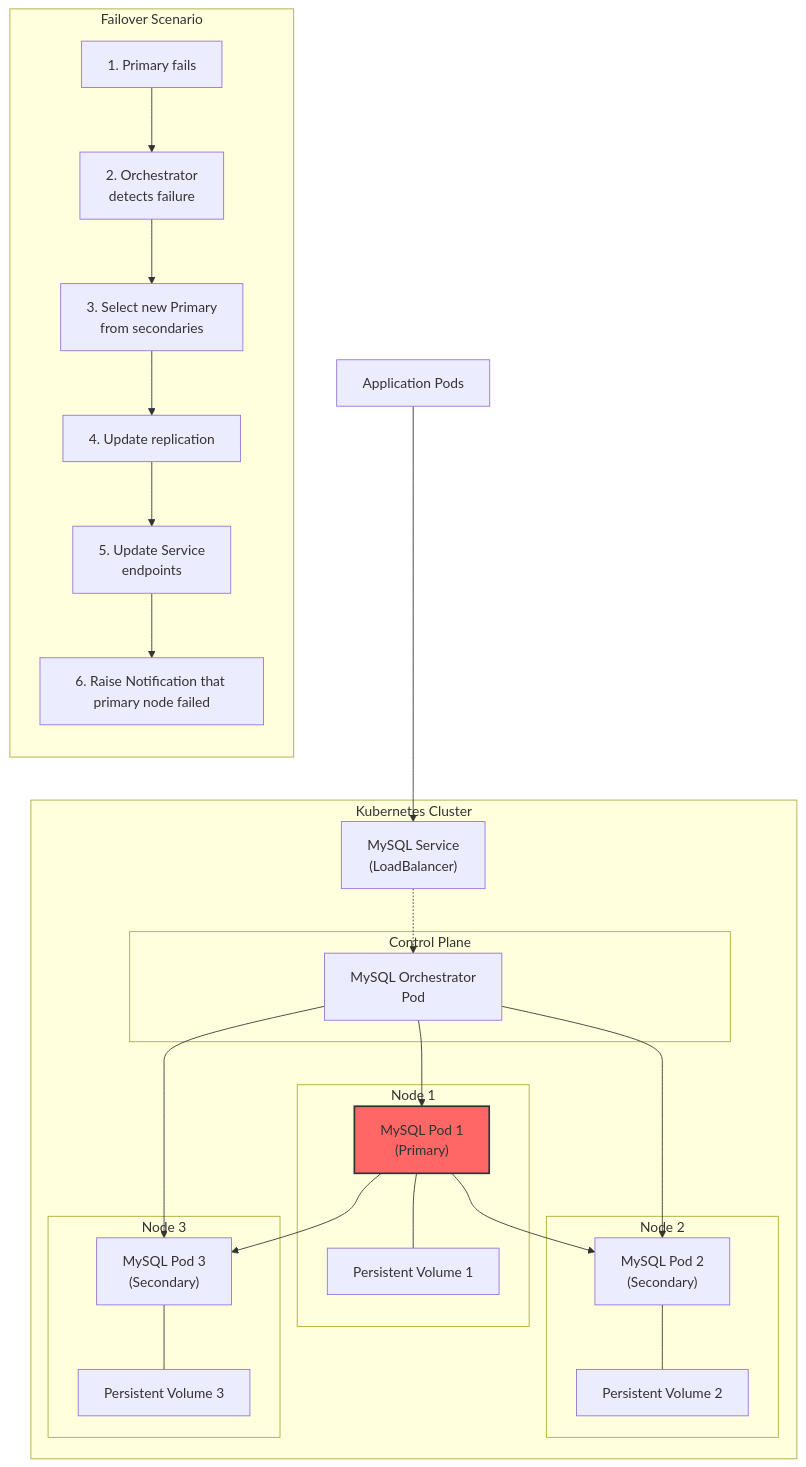
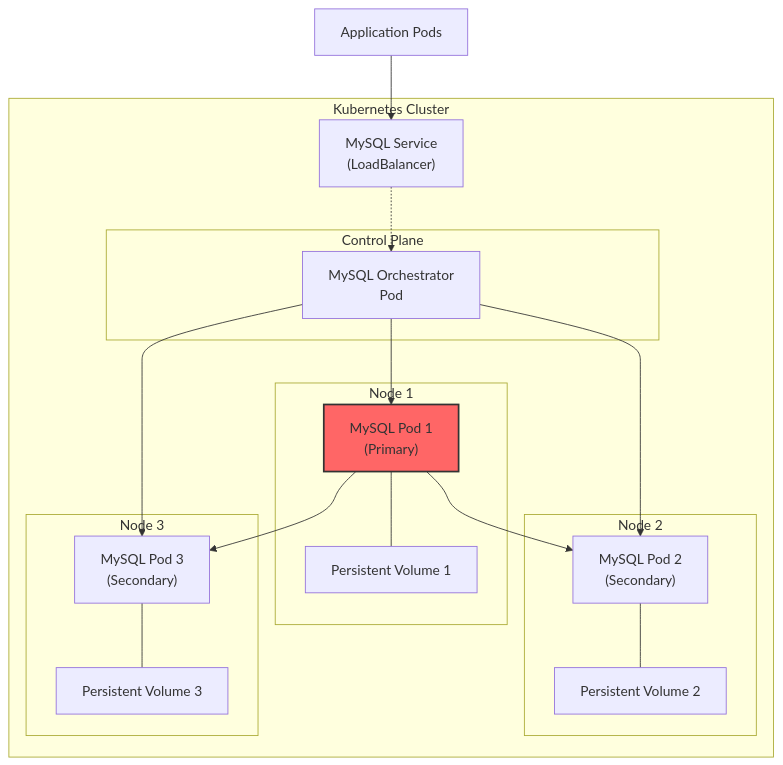
Before and after one commit to akshiv/heirloom-project: the second of 2 diagrams in README.md, drawn with Mermaid. The commit also changed other lines of this file and 2 other files, not shown here.

Commit message:
Add backup cron and trigger to S3

````diff
--- a/README.md
+++ b/README.md
@@ -56,48 +67,39 @@
 ```mermaid
 flowchart TB
     subgraph "Kubernetes Cluster"
         subgraph "Control Plane"
             orchestrator["MySQL Orchestrator<br>Pod"]
         end
 
         subgraph "Node 1"
             mysql1["MySQL Pod 1<br>(Primary)"]
             pv1["Persistent Volume 1"]
             mysql1 --- pv1
         end
         subgraph "Node 2"
             mysql2["MySQL Pod 2<br>(Secondary)"]
             pv2["Persistent Volume 2"]
             mysql2 --- pv2
         end
         subgraph "Node 3"
             mysql3["MySQL Pod 3<br>(Secondary)"]
             pv3["Persistent Volume 3"]
             mysql3 --- pv3
         end
 
         orchestrator --> mysql1
         orchestrator --> mysql2
         orchestrator --> mysql3
 
         svc["MySQL Service<br>(LoadBalancer)"]
         svc -.-> orchestrator
 
         mysql1 --> mysql2
         mysql1 --> mysql3
     end
 
     app["Application Pods"] --> svc
 
     classDef failure fill:#ff6666,stroke:#333,stroke-width:2px
     class mysql1 failure
-
-    subgraph "Failover Scenario"
-        direction TB
-        step1["1. Primary fails"] --> step2["2. Orchestrator<br>detects failure"]
-        step2 --> step3["3. Select new Primary<br>from secondaries"]
-        step3 --> step4["4. Update replication"]
-        step4 --> step5["5. Update Service<br>endpoints"]
-        step5 --> step6["6. Raise Notification that primary node failed"]
-    end
 ```
````
